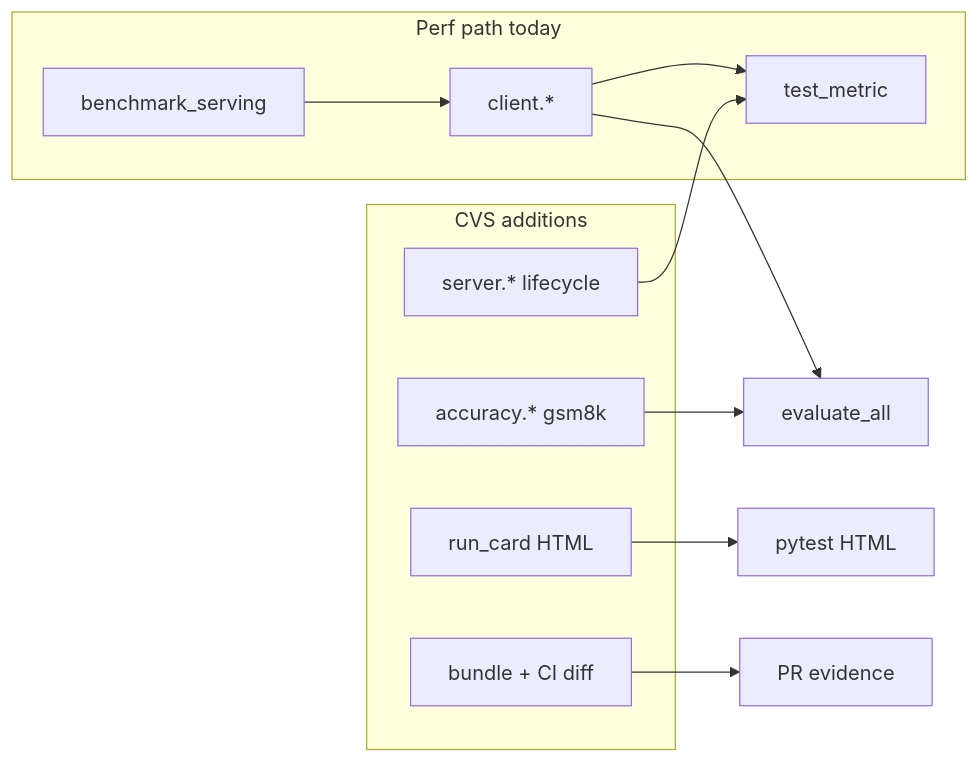
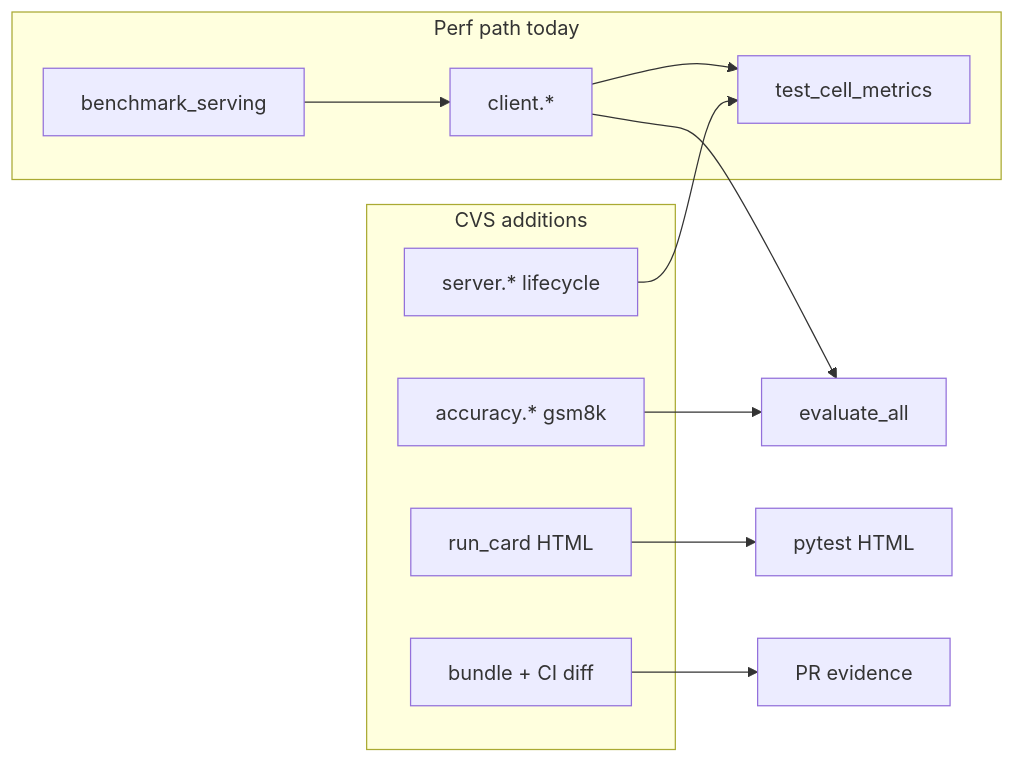
One commit to ROCm/cvs changed the first of 8 diagrams in plans/inferencex-atom-cvs-automation-plan.md. Above: the diagram before and after it, drawn with Mermaid. The commit also changed other lines of this file and 2 other files, not shown here.

````diff
--- a/plans/inferencex-atom-cvs-automation-plan.md
+++ b/plans/inferencex-atom-cvs-automation-plan.md
@@ -134,20 +136,20 @@
 ```mermaid
 flowchart LR
   subgraph perf["Perf path today"]
     BENCH["benchmark_serving"]
     CM["client.*"]
-    TM["test_metric"]
+    TM["test_cell_metrics"]
   end
   subgraph add["CVS additions"]
     SV["server.* lifecycle"]
     AC["accuracy.* gsm8k"]
     RC["run_card HTML"]
     BD["bundle + CI diff"]
   end
   BENCH --> CM --> TM
   SV --> TM
   AC --> EVAL["evaluate_all"]
   CM --> EVAL
   RC --> HTML["pytest HTML"]
   BD --> PR["PR evidence"]
 ```
````
